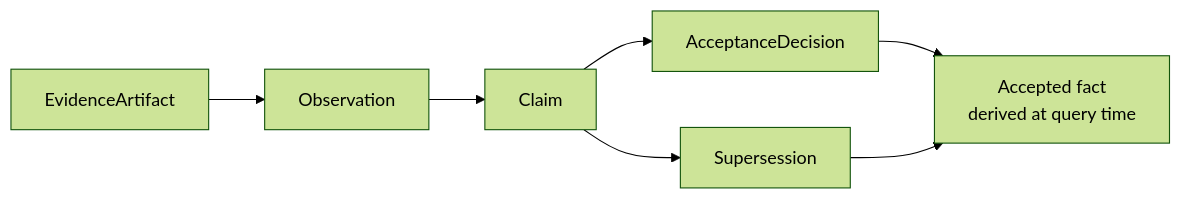
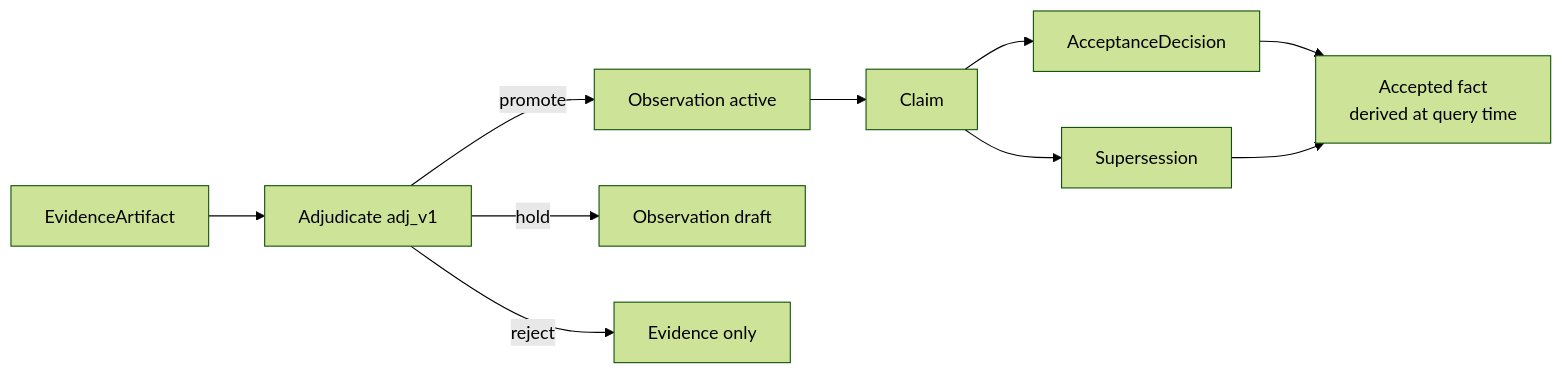
The first of 3 diagrams in README.md (innocarpe/CarpeOS), drawn with Mermaid (forest theme) before and after one commit. The commit also changed other lines of this file and 1 other file, not shown here.

````diff
--- a/README.md
+++ b/README.md
@@ -94,9 +114,12 @@
 ```mermaid
 flowchart LR
-  E[EvidenceArtifact] --> O[Observation]
+  E[EvidenceArtifact] --> J[Adjudicate adj_v1]
+  J -->|promote| O[Observation active]
+  J -->|hold| H[Observation draft]
+  J -->|reject| R[Evidence only]
   O --> C[Claim]
   C --> A[AcceptanceDecision]
   C --> S[Supersession]
   A --> F[Accepted fact<br/>derived at query time]
   S --> F
 ```
````
